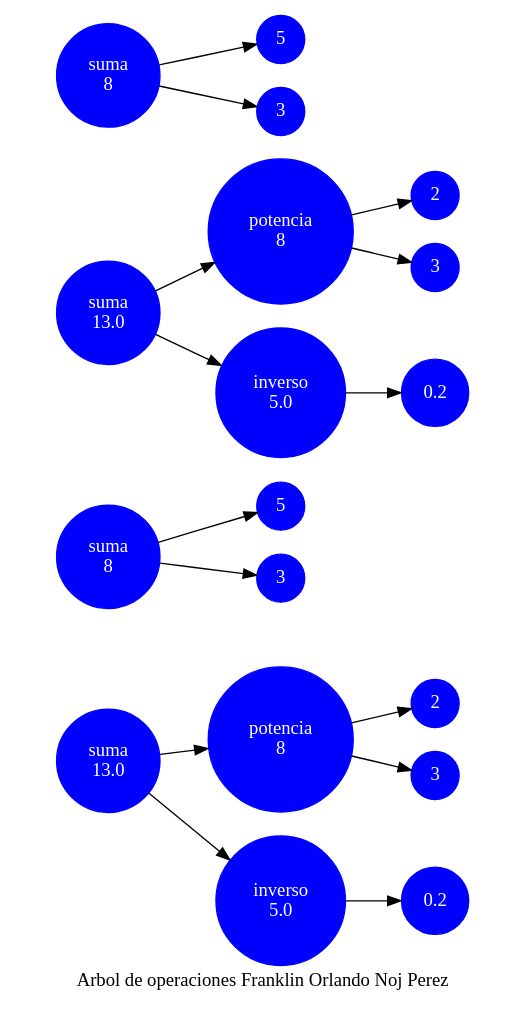
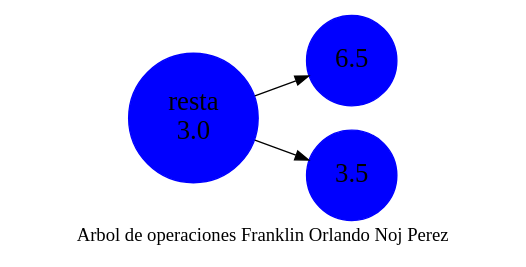
Before and after one commit to FranklinONP/LFP_S2_2023_Proyecto1_202200089: the diagram in bb.dot, drawn with Graphviz. The commit also changed 7 other files, not shown here.

```diff
--- a/bb.dot
+++ b/bb.dot
@@ -1,37 +1,10 @@
 digraph G {
                     label=" Arbol de operaciones Franklin Orlando Noj Perez"
                     rankdir="LR"
-                    node[style=filled, color=" blue", fontcolor=" white", shape=circle]nodo00[label="suma\n13.0"];
-nodo01_left[label="potencia\n8"];
-nodo02_left_left[label="2"];
-nodo01_left -> nodo02_left_left;
-nodo02_left_right[label="3"];
-nodo01_left -> nodo02_left_right;
+                    node[style=filled, color=" blue", fontcolor=" black", shape=circle, fontsize=20,fontweight="bold"]nodo00[label="resta\n3.0"];
+nodo01_left[label="6.5"];
 nodo00 -> nodo01_left;
-nodo01_right[label="inverso\n5.0"];
-nodo02_right_tri[label="0.2"];
-nodo01_right -> nodo02_right_tri;
+nodo01_right[label="3.5"];
 nodo00 -> nodo01_right;
-nodo10[label="suma\n8"];
-nodo11_left[label="5"];
-nodo10 -> nodo11_left;
-nodo11_right[label="3"];
-nodo10 -> nodo11_right;
-nodo20[label="suma\n13.0"];
-nodo21_left[label="potencia\n8"];
-nodo22_left_left[label="2"];
-nodo21_left -> nodo22_left_left;
-nodo22_left_right[label="3"];
-nodo21_left -> nodo22_left_right;
-nodo20 -> nodo21_left;
-nodo21_right[label="inverso\n5.0"];
-nodo22_right_tri[label="0.2"];
-nodo21_right -> nodo22_right_tri;
-nodo20 -> nodo21_right;
-nodo30[label="suma\n8"];
-nodo31_left[label="5"];
-nodo30 -> nodo31_left;
-nodo31_right[label="3"];
-nodo30 -> nodo31_right;
 
 }
```
